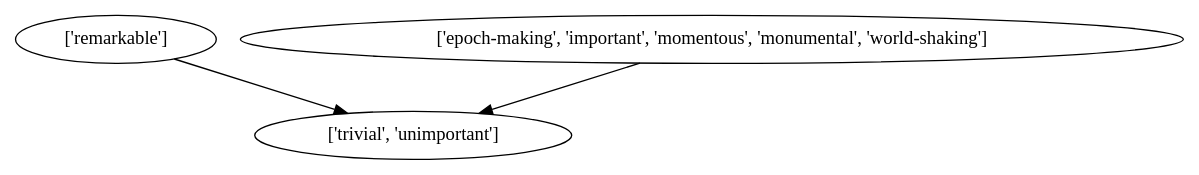
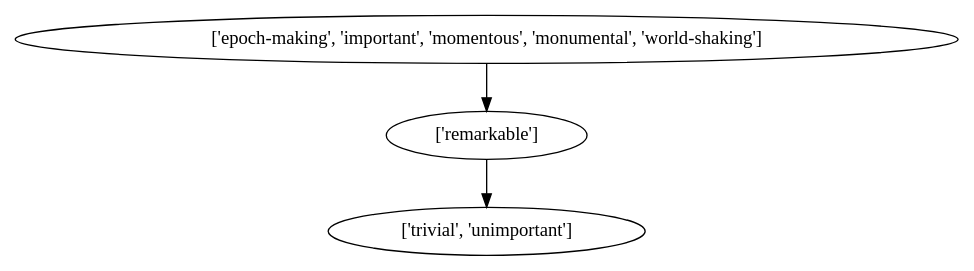
One commit to bleonar5/mechanical_turk changed the diagram in graphs_with_eqs/dots/significance.dot. Above: the diagram before and after it, drawn with Graphviz. The commit also changed 99 other files, not shown here.

```diff
--- a/graphs_with_eqs/dots/significance.dot
+++ b/graphs_with_eqs/dots/significance.dot
@@ -1,4 +1,4 @@
 strict digraph  {
 	"['remarkable']" -> "['trivial', 'unimportant']";
-	"['epoch-making', 'important', 'momentous', 'monumental', 'world-shaking']" -> "['trivial', 'unimportant']";
+	"['epoch-making', 'important', 'momentous', 'monumental', 'world-shaking']" -> "['remarkable']";
 }
```
